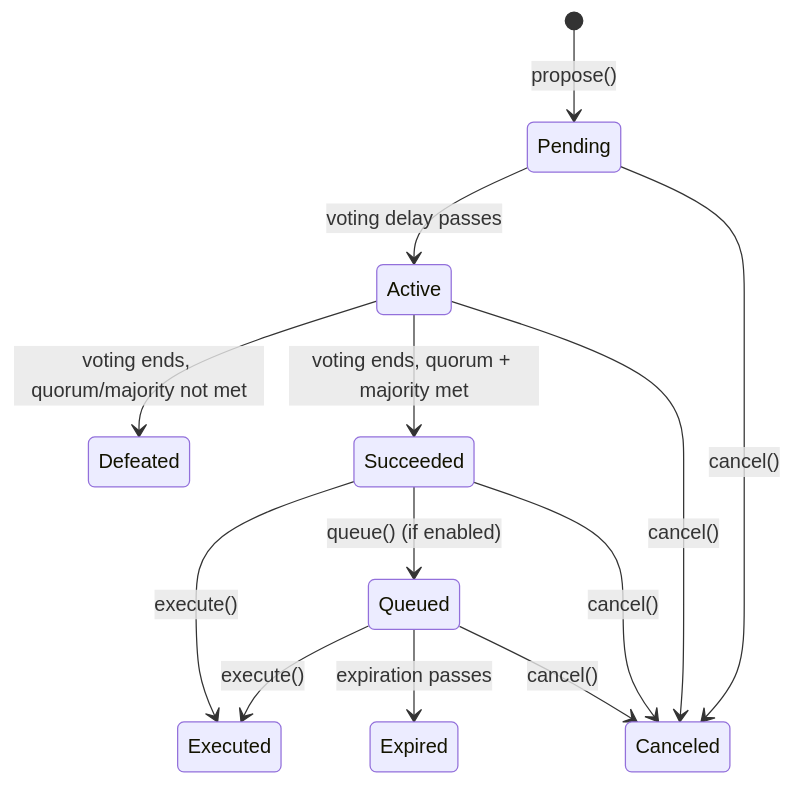
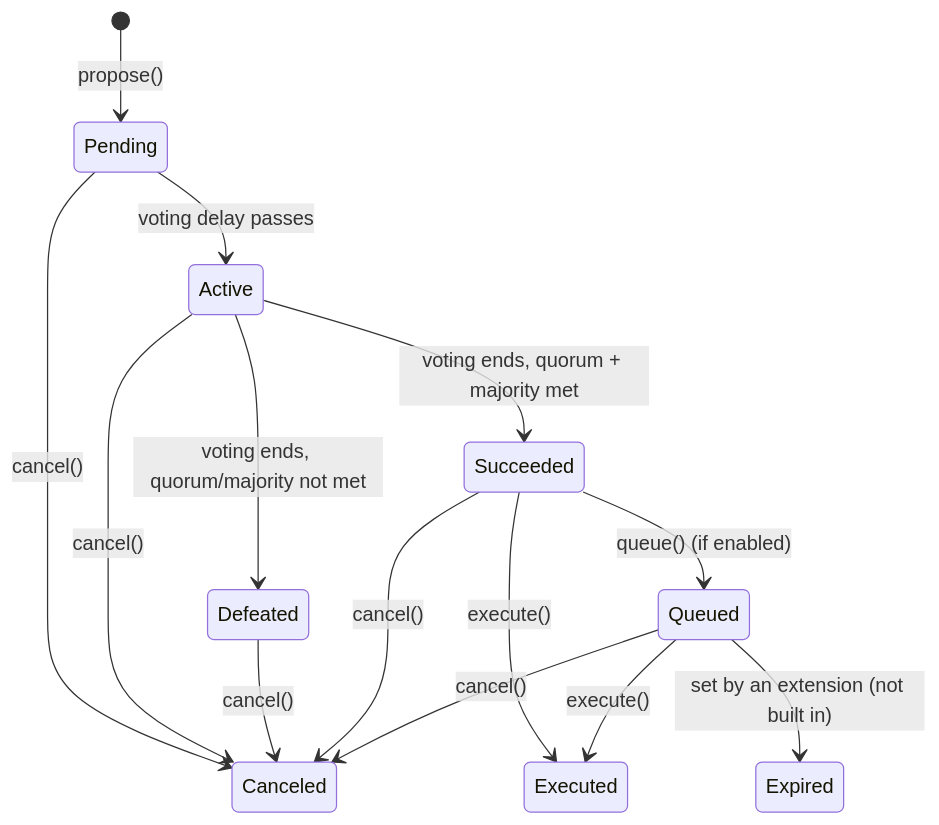
The diagram in content/stellar-contracts/governance/governor.mdx (OpenZeppelin/docs), drawn with Mermaid before and after one commit. The commit also changed other lines of this file and 20 other files, not shown here.

````diff
--- a/content/stellar-contracts/governance/governor.mdx
+++ b/content/stellar-contracts/governance/governor.mdx
@@ -24,15 +24,16 @@
 ```mermaid
 stateDiagram-v2
     [*] --> Pending: propose()
     Pending --> Active: voting delay passes
     Active --> Defeated: voting ends, quorum/majority not met
     Active --> Succeeded: voting ends, quorum + majority met
     Succeeded --> Executed: execute()
     Succeeded --> Queued: queue() (if enabled)
     Queued --> Executed: execute()
-    Queued --> Expired: expiration passes
+    Queued --> Expired: set by an extension (not built in)
     Pending --> Canceled: cancel()
     Active --> Canceled: cancel()
+    Defeated --> Canceled: cancel()
     Succeeded --> Canceled: cancel()
     Queued --> Canceled: cancel()
 ```
````
